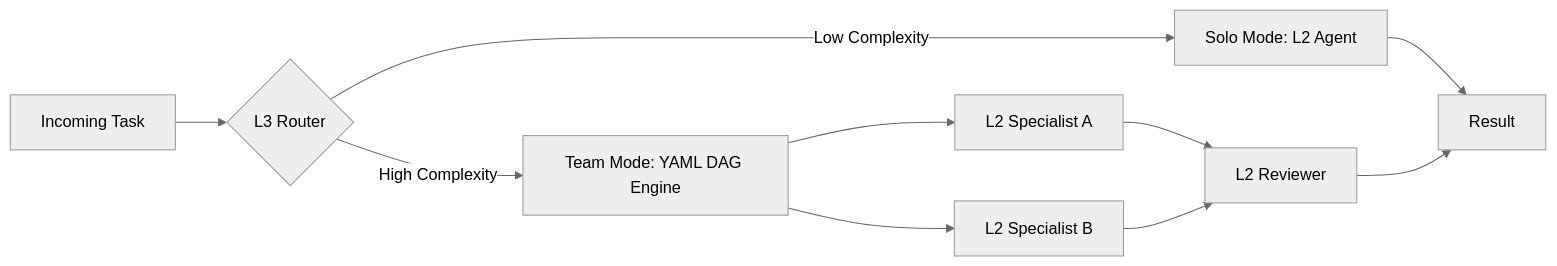
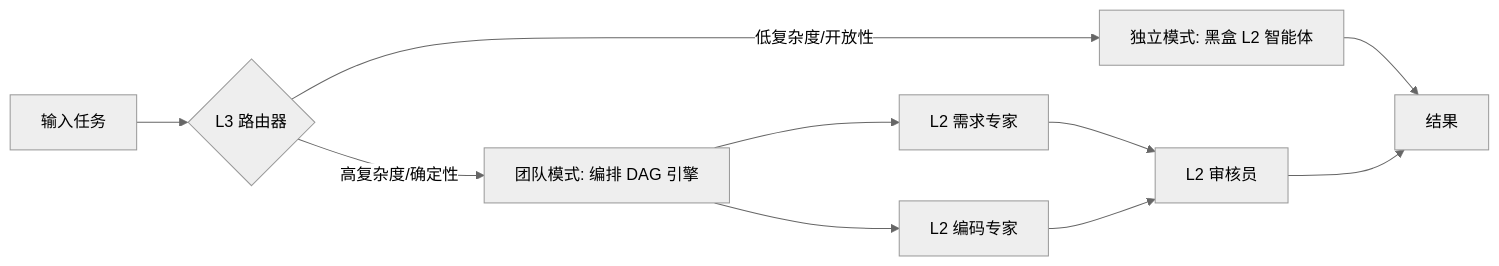
One commit to moyage/team-agents-cowork changed the second of 2 diagrams in README.md. Above: the diagram before and after it, drawn with Mermaid (neutral theme). The commit also changed other lines of this file and 7 other files, not shown here.

````diff
--- a/README.md
+++ b/README.md
@@ -38,12 +47,12 @@
 ```mermaid
 flowchart LR
-    Task[Incoming Task] --> Router{L3 Router}
-    Router -- Low Complexity --> Solo[Solo Mode: L2 Agent]
-    Router -- High Complexity --> Team[Team Mode: YAML DAG Engine]
-    Solo --> Output[Result]
-    Team --> NodeA[L2 Specialist A]
-    Team --> NodeB[L2 Specialist B]
-    NodeA --> NodeC[L2 Reviewer]
+    Task[输入任务] --> Router{L3 路由器}
+    Router -- 低复杂度/开放性 --> Solo[独立模式: 黑盒 L2 智能体]
+    Router -- 高复杂度/确定性 --> Team[团队模式: 编排 DAG 引擎]
+    Solo --> Output[结果]
+    Team --> NodeA[L2 需求专家]
+    Team --> NodeB[L2 编码专家]
+    NodeA --> NodeC[L2 审核员]
     NodeB --> NodeC
     NodeC --> Output
 ```
````
